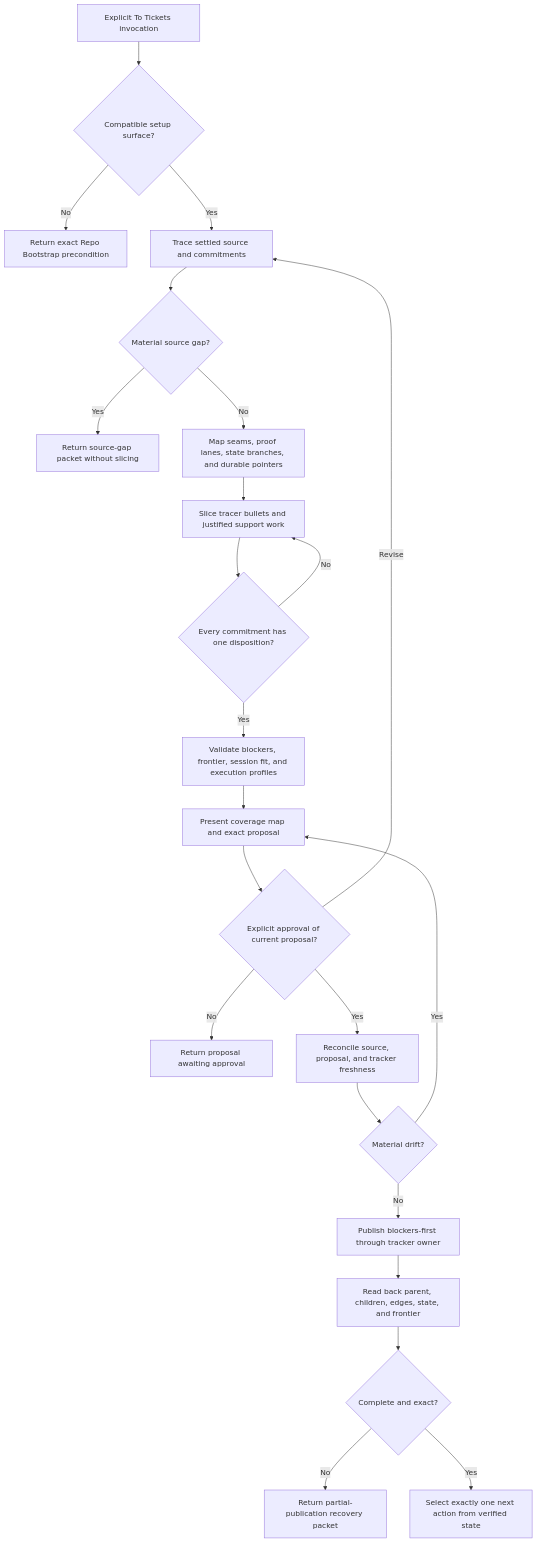
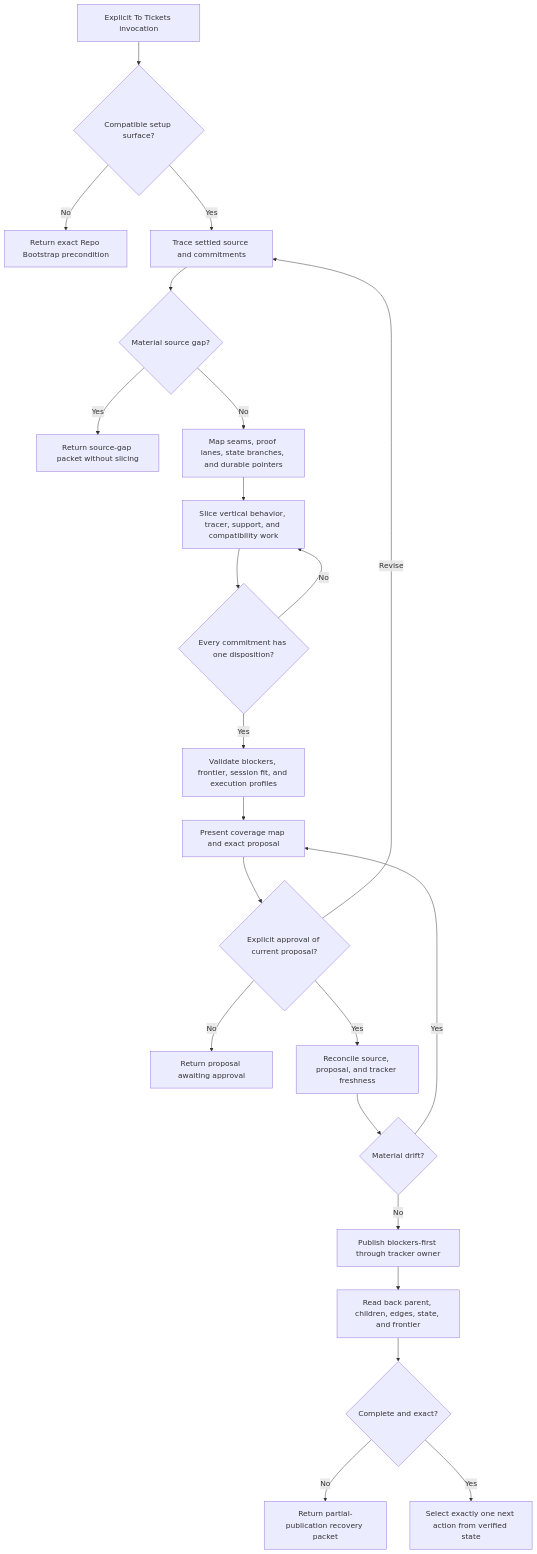
Before and after one commit to stevennitesh/programming-agent-skills: the diagram in docs/synthesis/skills/to-tickets.md, drawn with Mermaid. The commit also changed other lines of this file, not shown here.

````diff
--- a/docs/synthesis/skills/to-tickets.md
+++ b/docs/synthesis/skills/to-tickets.md
@@ -181,25 +182,25 @@
 ```mermaid
 flowchart TB
     START["Explicit To Tickets invocation"] --> SETUP{"Compatible setup surface?"}
     SETUP -->|No| BOOT["Return exact Repo Bootstrap precondition"]
     SETUP -->|Yes| TRACE["Trace settled source and commitments"]
     TRACE --> GAP{"Material source gap?"}
     GAP -->|Yes| SOURCE["Return source-gap packet without slicing"]
     GAP -->|No| MAP["Map seams, proof lanes, state branches, and durable pointers"]
-    MAP --> SLICE["Slice tracer bullets and justified support work"]
+    MAP --> SLICE["Slice vertical behavior, tracer, support, and compatibility work"]
     SLICE --> COVER{"Every commitment has one disposition?"}
     COVER -->|No| SLICE
     COVER -->|Yes| GRAPH["Validate blockers, frontier, session fit, and execution profiles"]
     GRAPH --> APPROVE["Present coverage map and exact proposal"]
     APPROVE --> ACCEPT{"Explicit approval of current proposal?"}
     ACCEPT -->|Revise| TRACE
     ACCEPT -->|No| STOP["Return proposal awaiting approval"]
     ACCEPT -->|Yes| FRESH["Reconcile source, proposal, and tracker freshness"]
     FRESH --> DRIFT{"Material drift?"}
     DRIFT -->|Yes| APPROVE
     DRIFT -->|No| PUBLISH["Publish blockers-first through tracker owner"]
     PUBLISH --> READBACK["Read back parent, children, edges, state, and frontier"]
     READBACK --> COMPLETE{"Complete and exact?"}
     COMPLETE -->|No| RECOVER["Return partial-publication recovery packet"]
     COMPLETE -->|Yes| ROUTE["Select exactly one next action from verified state"]
 ```
````
